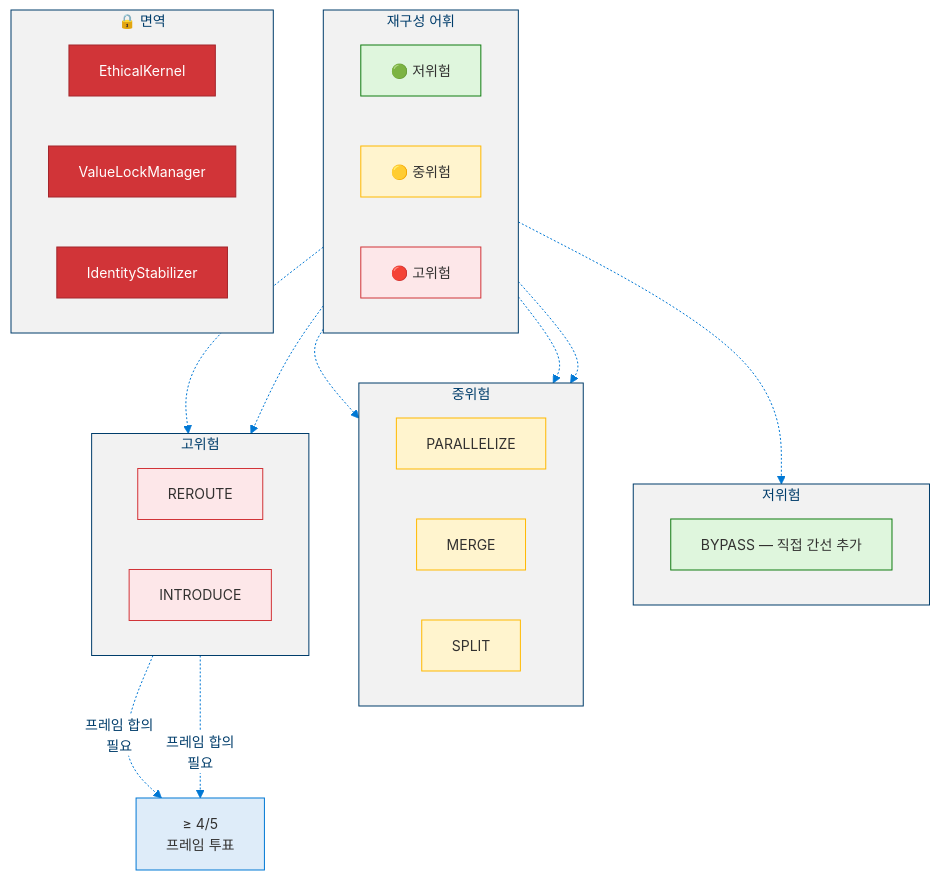
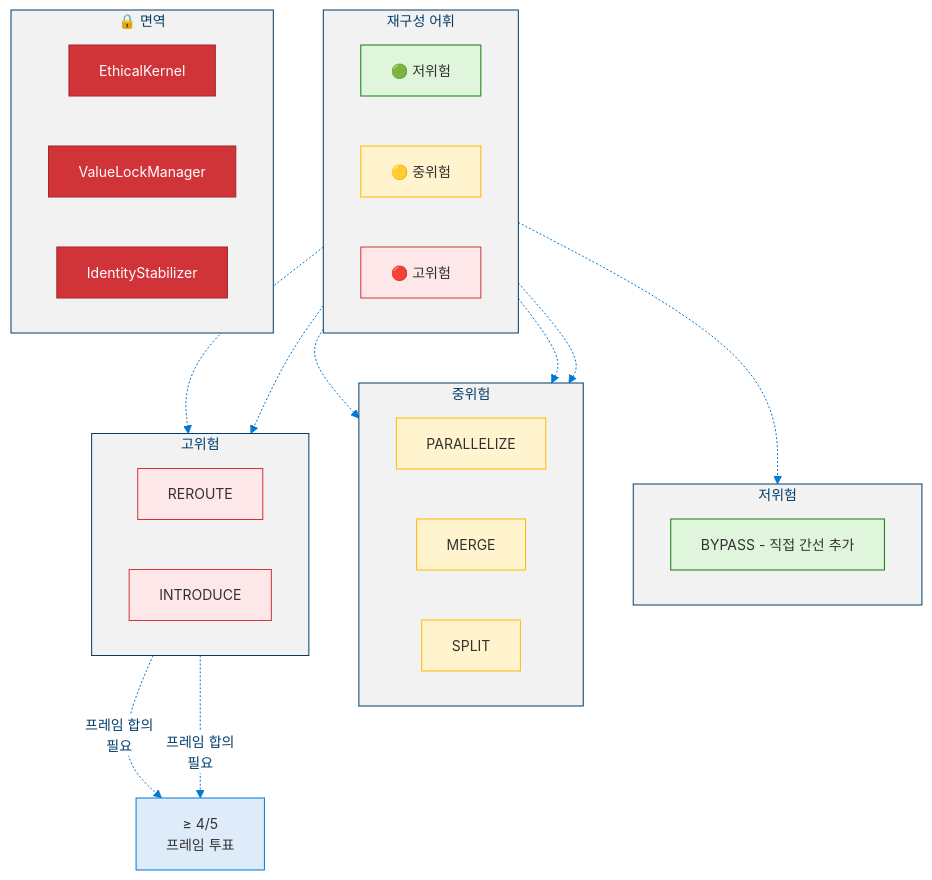
Before and after one commit to dotnetpower/mscp: the fifth of 12 diagrams in docs/levels/Level_4_5_Self_Architecting.ko.md, drawn with Mermaid. The commit also changed other lines of this file and 26 other files, not shown here.

````diff
--- a/docs/levels/Level_4_5_Self_Architecting.ko.md
+++ b/docs/levels/Level_4_5_Self_Architecting.ko.md
@@ -240,53 +240,53 @@
 ```mermaid
 %%{init: {'theme': 'base', 'themeVariables': {'primaryColor': '#0078D4', 'primaryTextColor': '#003D6B', 'primaryBorderColor': '#003D6B', 'secondaryColor': '#50E6FF', 'secondaryTextColor': '#323130', 'secondaryBorderColor': '#00BCF2', 'tertiaryColor': '#F2F2F2', 'tertiaryTextColor': '#323130', 'lineColor': '#0078D4', 'textColor': '#323130', 'mainBkg': '#DEECF9', 'nodeBorder': '#0078D4', 'clusterBkg': '#F2F2F2', 'clusterBorder': '#003D6B', 'titleColor': '#003D6B', 'edgeLabelBackground': '#FFFFFF', 'fontSize': '14px'}}}%%
 flowchart TD
   classDef low fill:#DFF6DD,stroke:#107C10,color:#323130
   classDef med fill:#FFF4CE,stroke:#FFB900,color:#323130
   classDef high fill:#FDE7E9,stroke:#D13438,color:#323130
   classDef immune fill:#D13438,stroke:#A4262C,color:#FFF
   classDef consensus fill:#DEECF9,stroke:#0078D4,color:#323130
 
   subgraph Types["재구성 어휘"]
     direction LR
     T_LOW["🟢 저위험"]:::low
     T_MED["🟡 중위험"]:::med
     T_HIGH["🔴 고위험"]:::high
   end
 
   subgraph LowR["저위험"]
     direction LR
-    BYPASS["BYPASS — 직접 간선 추가"]:::low
+    BYPASS["BYPASS - 직접 간선 추가"]:::low
   end
 
   subgraph MedR["중위험"]
     direction LR
     PARA["PARALLELIZE"]:::med
     MERGE["MERGE"]:::med
     SPLIT["SPLIT"]:::med
   end
 
   subgraph HighR["고위험"]
     direction LR
     REROUTE["REROUTE"]:::high
     INTRODUCE["INTRODUCE"]:::high
   end
 
   subgraph Immune["🔒 면역"]
     direction LR
     IMM1["EthicalKernel"]:::immune
     IMM2["ValueLockManager"]:::immune
     IMM3["IdentityStabilizer"]:::immune
   end
 
   FC["≥ 4/5<br/>프레임 투표"]:::consensus
 
   T_LOW -.-> BYPASS
   T_MED -.-> PARA
   T_MED -.-> MERGE
   T_MED -.-> SPLIT
   T_HIGH -.-> REROUTE
   T_HIGH -.-> INTRODUCE
 
   REROUTE -.->|"프레임 합의<br/>필요"| FC
   INTRODUCE -.->|"프레임 합의<br/>필요"| FC
 ```
````
